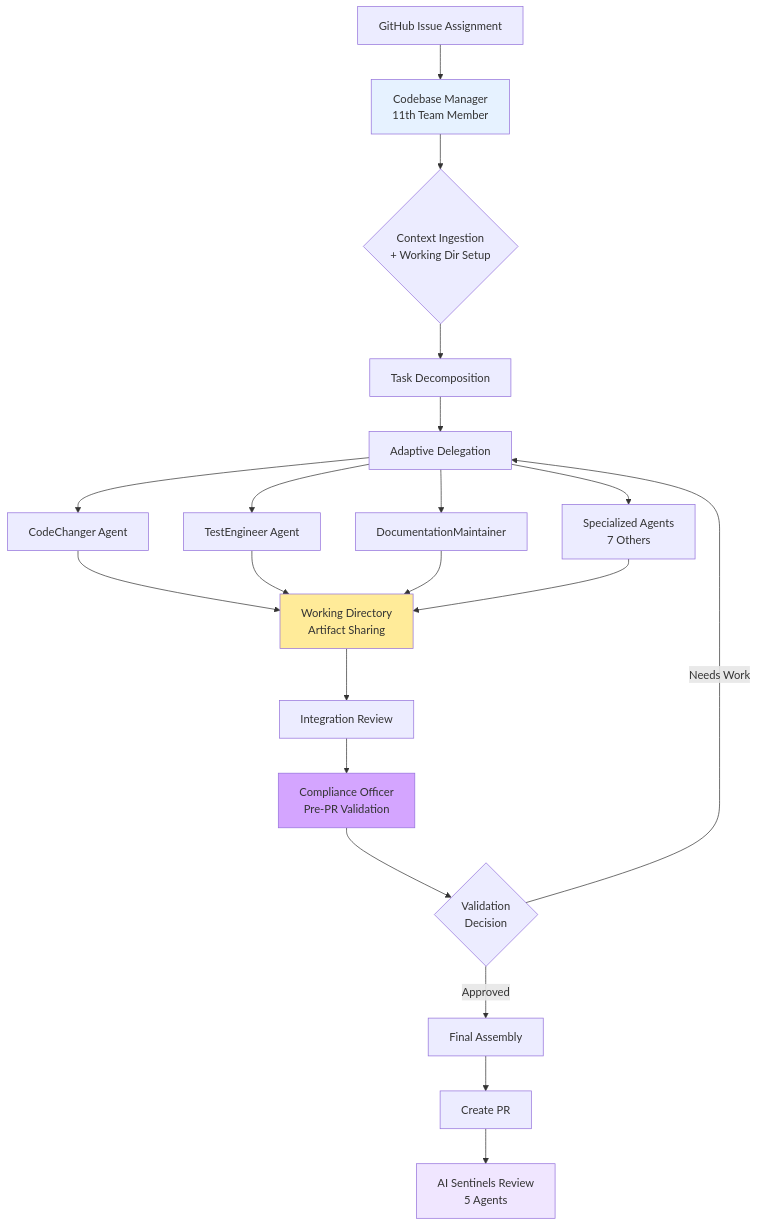
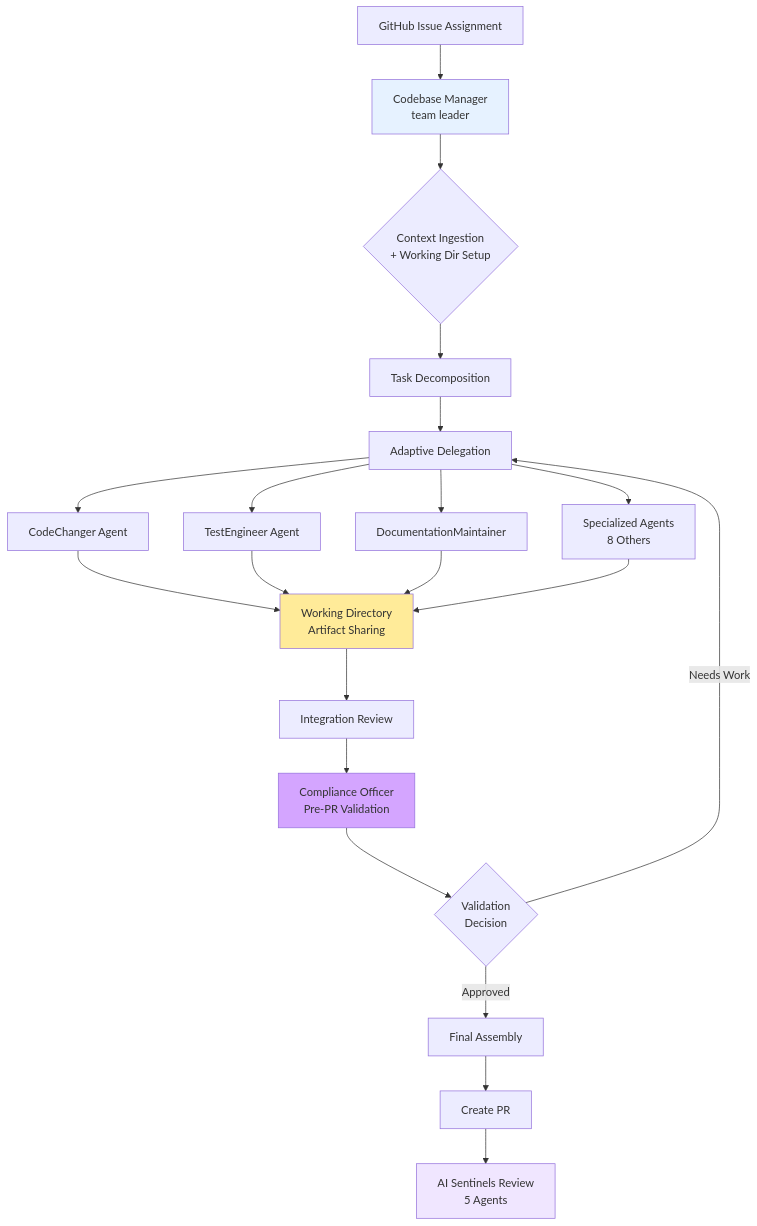
One commit to Zarichney-Development/zarichney-api changed the first of 2 diagrams in Docs/Development/CodebaseManagerEvolution.md. Above: the diagram before and after it, drawn with Mermaid. The commit also changed other lines of this file and 22 other files, not shown here.

````diff
--- a/Docs/Development/CodebaseManagerEvolution.md
+++ b/Docs/Development/CodebaseManagerEvolution.md
@@ -59,32 +59,32 @@
 ```mermaid
 graph TD
-    A[GitHub Issue Assignment] --> B[Codebase Manager<br/>11th Team Member]
+    A[GitHub Issue Assignment] --> B[Codebase Manager<br/>team leader]
     B --> C{Context Ingestion<br/>+ Working Dir Setup}
     C --> D[Task Decomposition]
     D --> E[Adaptive Delegation]
     
     E --> F1[CodeChanger Agent]
     E --> F2[TestEngineer Agent]
     E --> F3[DocumentationMaintainer]
-    E --> F4[Specialized Agents<br/>7 Others]
+    E --> F4[Specialized Agents<br/>8 Others]
     
     F1 --> WD[Working Directory<br/>Artifact Sharing]
     F2 --> WD
     F3 --> WD
     F4 --> WD
     
     WD --> G[Integration Review]
     G --> CO[Compliance Officer<br/>Pre-PR Validation]
     CO --> H{Validation<br/>Decision}
     
     H -->|Approved| I[Final Assembly]
     H -->|Needs Work| E
     
     I --> J[Create PR]
     J --> K[AI Sentinels Review<br/>5 Agents]
     
     style B fill:#e6f2ff
     style CO fill:#d4a5ff
     style WD fill:#ffeb99
     style K fill:#f0e6ff
 ```
````
